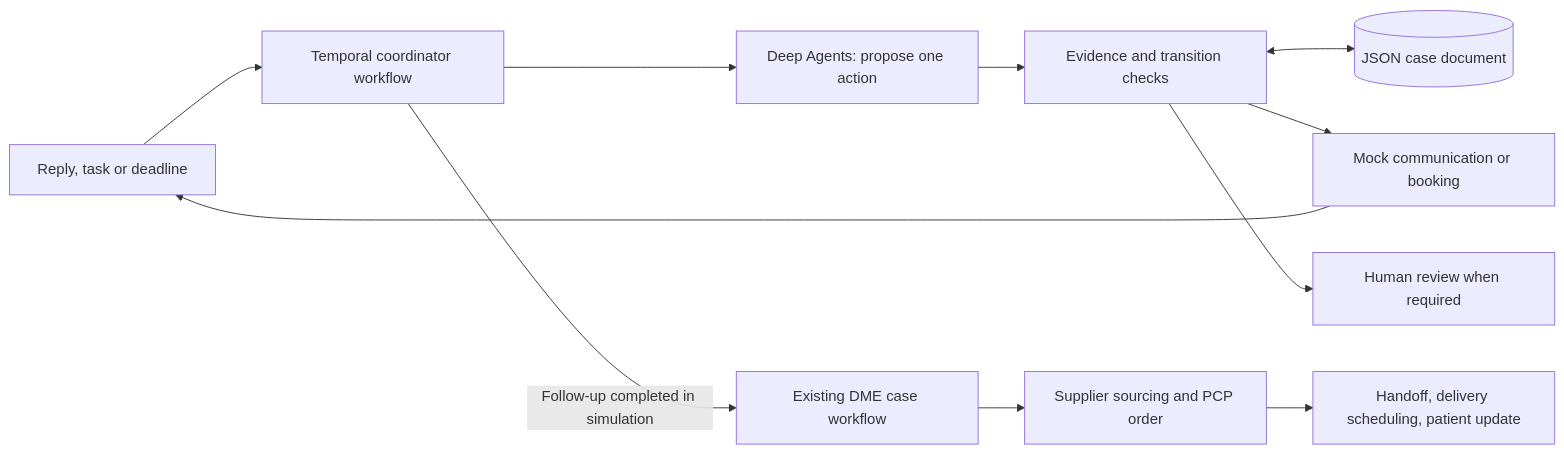
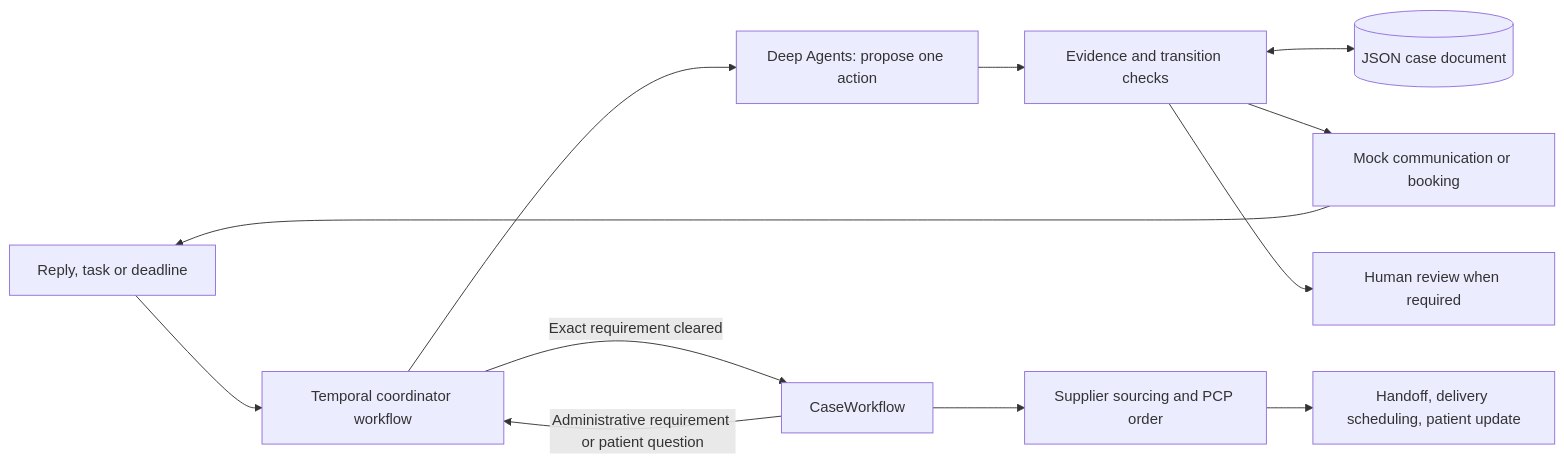
The diagram in WRITEUP.md (ashutosh-iitg/mira-dme-coordination), drawn with Mermaid before and after one commit. The commit also changed other lines of this file and 39 other files, not shown here.

First line of the commit message:
feat: coordinate supplier, PCP and patient requirements inside the real case

````diff
--- a/WRITEUP.md
+++ b/WRITEUP.md
@@ -15,13 +15,14 @@
 ```mermaid
 flowchart LR
     I[Reply, task or deadline] --> T[Temporal coordinator workflow]
     T --> A[Deep Agents: propose one action]
     A --> G[Evidence and transition checks]
     G <--> J[(JSON case document)]
     G --> M[Mock communication or booking]
     M --> I
     G --> H[Human review when required]
-    T -->|Follow-up completed in simulation| D[Existing DME case workflow]
+    D[CaseWorkflow] -->|Administrative requirement or patient question| T
     D --> P[Supplier sourcing and PCP order]
+    T -->|Exact requirement cleared| D
     P --> F[Handoff, delivery scheduling, patient update]
 ```
````
